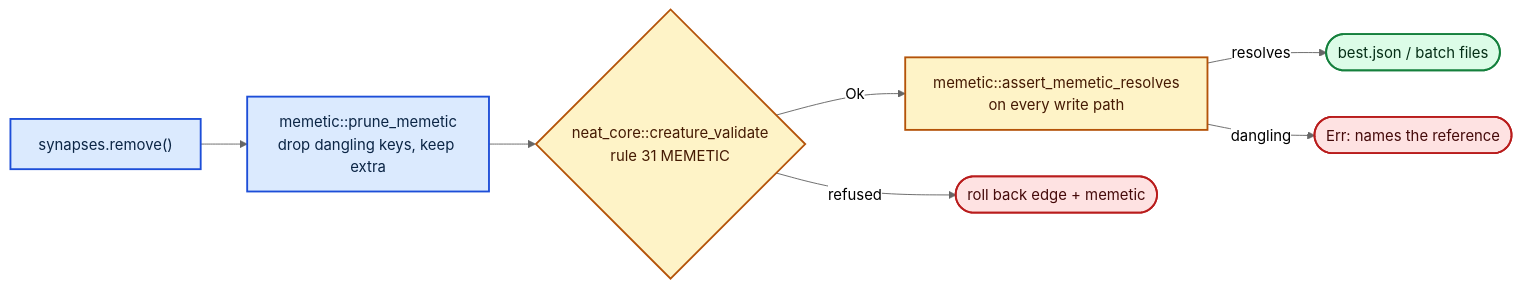
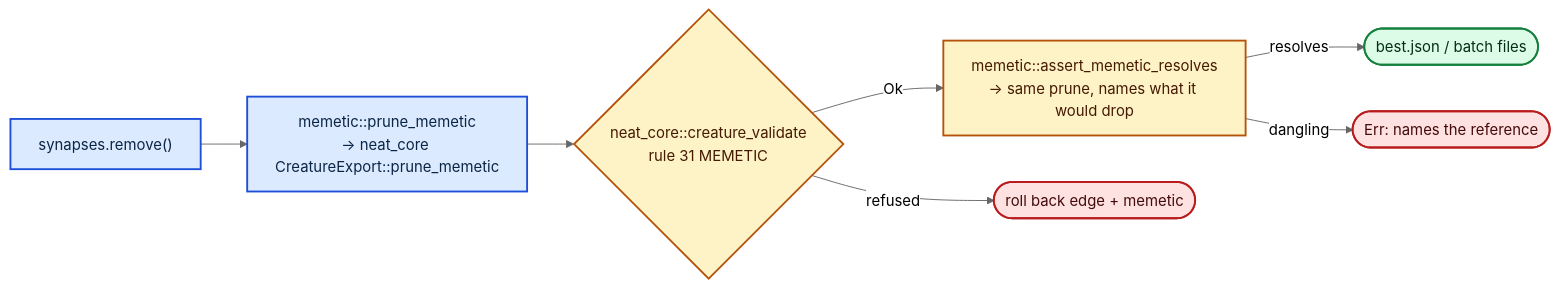
Before and after one commit to stSoftwareAU/NEAT-AI-Lamarck: the fourth of 17 diagrams in README.md, drawn with Mermaid (neutral theme). The commit also changed other lines of this file and 6 other files, not shown here.

````diff
--- a/README.md
+++ b/README.md
@@ -377,19 +387,19 @@
 ```mermaid
 flowchart LR
-    R["synapses.remove()"] --> P["memetic::prune_memetic<br/>drop dangling keys, keep extra"]
+    R["synapses.remove()"] --> P["memetic::prune_memetic<br/>→ neat_core CreatureExport::prune_memetic"]
     P --> V{"neat_core::creature_validate<br/>rule 31 MEMETIC"}
-    V -->|Ok| W["memetic::assert_memetic_resolves<br/>on every write path"]
+    V -->|Ok| W["memetic::assert_memetic_resolves<br/>→ same prune, names what it would drop"]
     V -->|refused| RB([roll back edge + memetic])
     W -->|resolves| D([best.json / batch files])
     W -->|dangling| E([Err: names the reference])
 
     classDef step fill:#dbeafe,stroke:#1d4ed8,stroke-width:2px,color:#0b2545
     classDef gate fill:#fef3c7,stroke:#b45309,stroke-width:2px,color:#451a03
     classDef good fill:#dcfce7,stroke:#15803d,stroke-width:2px,color:#052e16
     classDef bad fill:#fee2e2,stroke:#b91c1c,stroke-width:2px,color:#450a0a
 
     class R,P step
     class V,W gate
     class D good
     class RB,E bad
 ```
````
